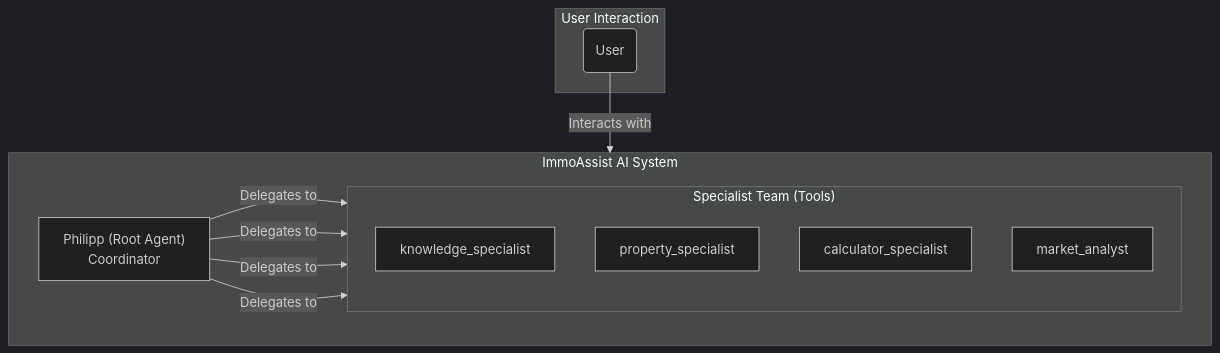
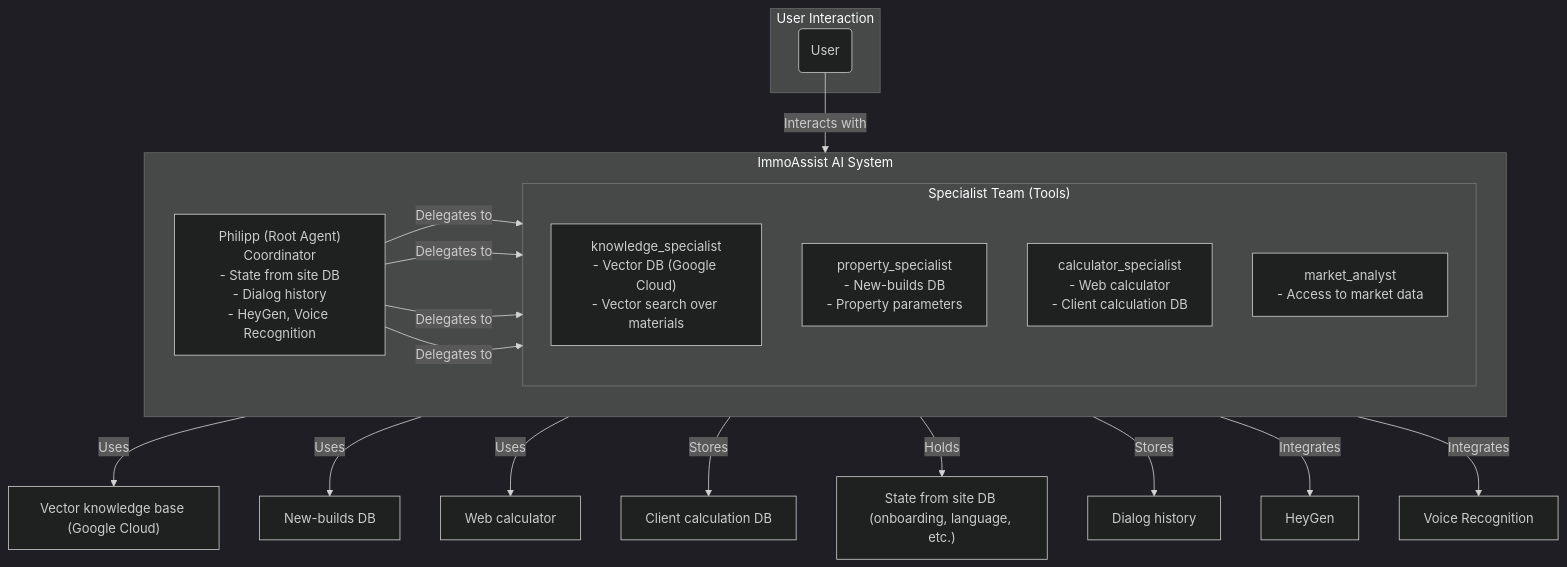
The diagram in README.md (Qlefia/immoassist-agent), drawn with Mermaid (dark theme) before and after one commit. The commit also changed other lines of this file, not shown here.

````diff
--- a/README.md
+++ b/README.md
@@ -21,25 +14,33 @@
 ```mermaid
 graph TD
     subgraph "User Interaction"
         User(User)
     end
 
     subgraph "ImmoAssist AI System"
         direction LR
-        Root["Philipp (Root Agent)<br/>Coordinator"]
+        Root["Philipp (Root Agent)\nCoordinator\n- State from site DB\n- Dialog history\n- HeyGen, Voice Recognition"]
 
         subgraph "Specialist Team (Tools)"
             direction TB
-            Knowledge[knowledge_specialist]
-            Property[property_specialist]
-            Calculator[calculator_specialist]
-            Market[market_analyst]
+            Knowledge["knowledge_specialist\n- Vector DB (Google Cloud)\n- Vector search over materials"]
+            Property["property_specialist\n- New-builds DB\n- Property parameters"]
+            Calculator["calculator_specialist\n- Web calculator\n- Client calculation DB"]
+            Market["market_analyst\n- Access to market data"]
         end
     end
 
     User -- Interacts with --> Root
     Root -- Delegates to --> Knowledge
     Root -- Delegates to --> Property
     Root -- Delegates to --> Calculator
     Root -- Delegates to --> Market
+    Knowledge -- Uses --> VecDB["Vector knowledge base (Google Cloud)"]
+    Property -- Uses --> PropDB["New-builds DB"]
+    Calculator -- Uses --> CalcSrv["Web calculator"]
+    Calculator -- Stores --> CalcDB["Client calculation DB"]
+    Root -- Holds --> StateDB["State from site DB (onboarding, language, etc.)"]
+    Root -- Stores --> Dialogs["Dialog history"]
+    Root -- Integrates --> HeyGen["HeyGen"]
+    Root -- Integrates --> VoiceRec["Voice Recognition"]
 ```
````
